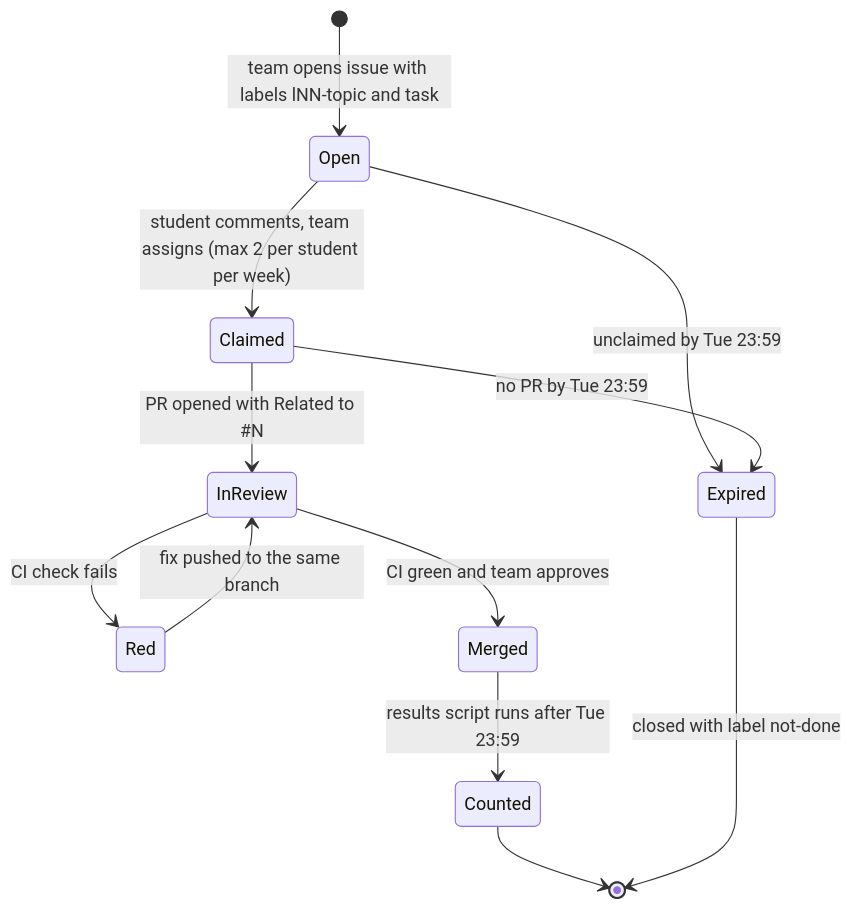
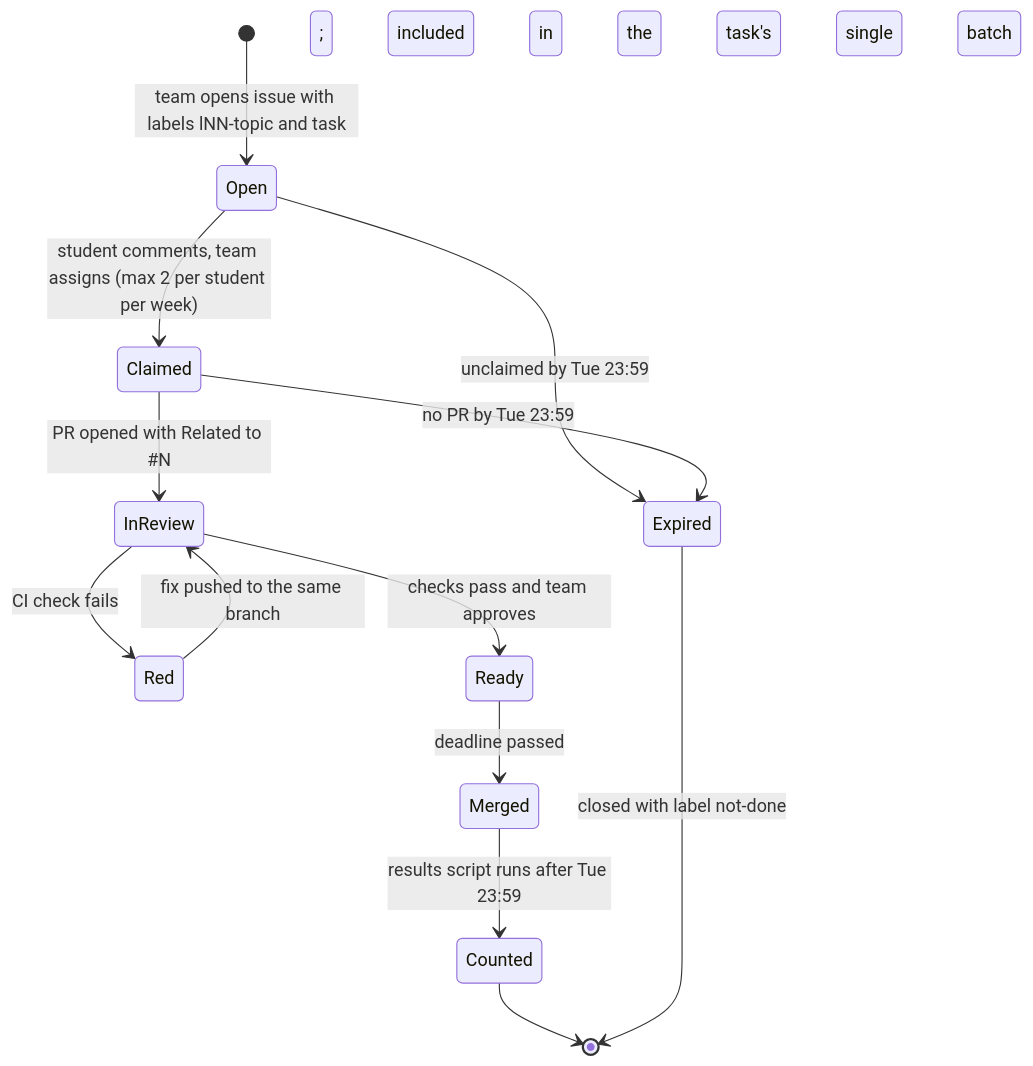
Before and after one commit to DingHouqin/llm-26-fall: the third of 3 diagrams in docs/participation-workflow.md, drawn with Mermaid. The commit also changed other lines of this file and 10 other files, not shown here.

````diff
--- a/docs/participation-workflow.md
+++ b/docs/participation-workflow.md
@@ -156,14 +158,15 @@
 ```mermaid
 stateDiagram-v2
     [*] --> Open: team opens issue with labels lNN-topic and task
     Open --> Claimed: student comments, team assigns (max 2 per student per week)
     Claimed --> InReview: PR opened with Related to #N
     InReview --> Red: CI check fails
     Red --> InReview: fix pushed to the same branch
-    InReview --> Merged: CI green and team approves
+    InReview --> Ready: checks pass and team approves
+    Ready --> Merged: deadline passed; included in the task's single batch
     Merged --> Counted: results script runs after Tue 23:59
     Counted --> [*]
     Open --> Expired: unclaimed by Tue 23:59
     Claimed --> Expired: no PR by Tue 23:59
     Expired --> [*]: closed with label not-done
 ```
````
